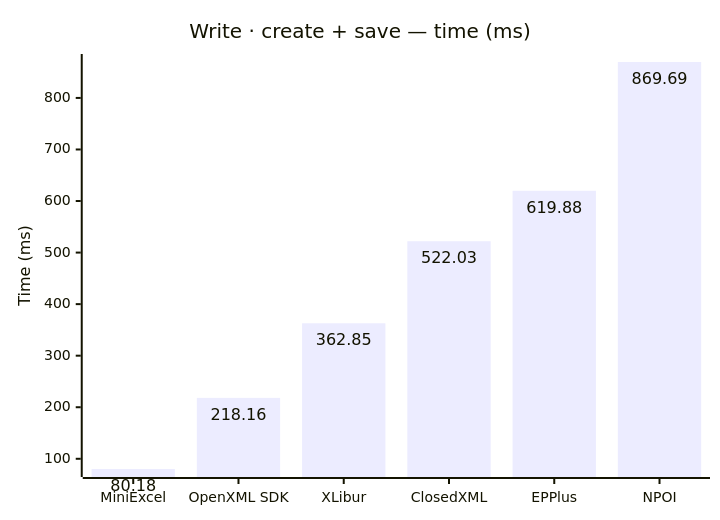
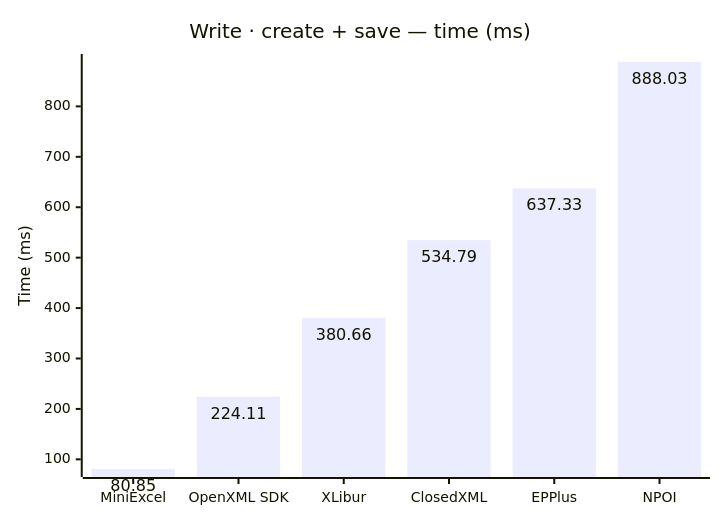
Before and after one commit to jafin/XLBench: the fifth of 6 diagrams in docs/results-ci.md, drawn with Mermaid. The commit also changed other lines of this file, not shown here.

````diff
--- a/docs/results-ci.md
+++ b/docs/results-ci.md
@@ -88,12 +88,12 @@
 ```mermaid
 ---
 config:
   xyChart:
     showDataLabel: true
 ---
 xychart-beta
     title "Write · create + save — time (ms)"
     x-axis ["MiniExcel", "OpenXML SDK", "XLibur", "ClosedXML", "EPPlus", "NPOI"]
     y-axis "Time (ms)"
-    bar [80.18, 218.16, 362.85, 522.03, 619.88, 869.69]
+    bar [80.85, 224.11, 380.66, 534.79, 637.33, 888.03]
 ```
````
